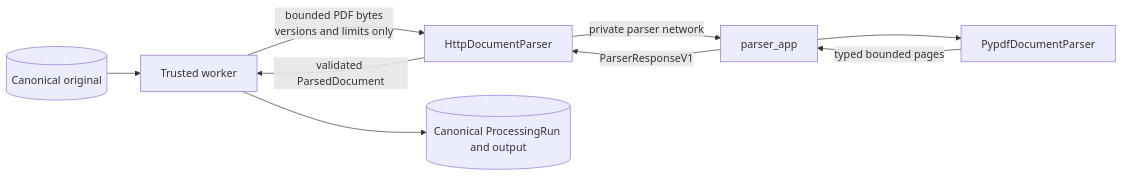
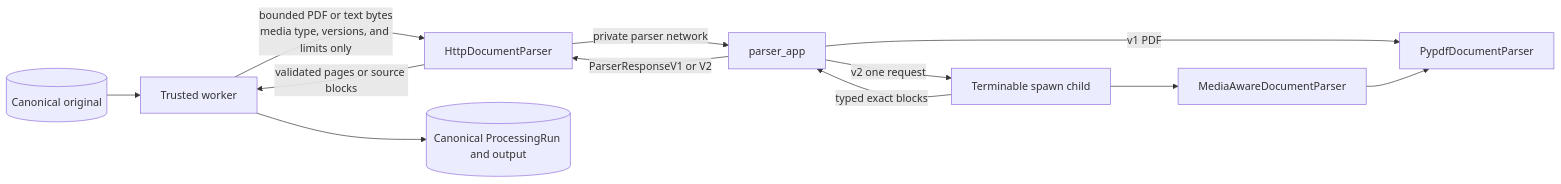
One commit to rnkraus/investment-research changed the diagram in backend/src/investment_research/infrastructure/parsing/README.md. Above: the diagram before and after it, drawn with Mermaid. The commit also changed other lines of this file and 4 other files, not shown here.

````diff
--- a/backend/src/investment_research/infrastructure/parsing/README.md
+++ b/backend/src/investment_research/infrastructure/parsing/README.md
@@ -19,11 +21,14 @@
 ```mermaid
 flowchart LR
     S3[(Canonical original)] --> WORKER[Trusted worker]
-    WORKER -->|bounded PDF bytes<br/>versions and limits only| CLIENT[HttpDocumentParser]
+    WORKER -->|bounded PDF or text bytes<br/>media type, versions, and limits only| CLIENT[HttpDocumentParser]
     CLIENT -->|private parser network| APP[parser_app]
-    APP --> PYPDF[PypdfDocumentParser]
-    PYPDF -->|typed bounded pages| APP
-    APP -->|ParserResponseV1| CLIENT
-    CLIENT -->|validated ParsedDocument| WORKER
+    APP -->|v1 PDF| PYPDF[PypdfDocumentParser]
+    APP -->|v2 one request| CHILD[Terminable spawn child]
+    CHILD --> MEDIA[MediaAwareDocumentParser]
+    MEDIA --> PYPDF
+    CHILD -->|typed exact blocks| APP
+    APP -->|ParserResponseV1 or V2| CLIENT
+    CLIENT -->|validated pages or source blocks| WORKER
     WORKER --> PG[(Canonical ProcessingRun and output)]
 ```
````
